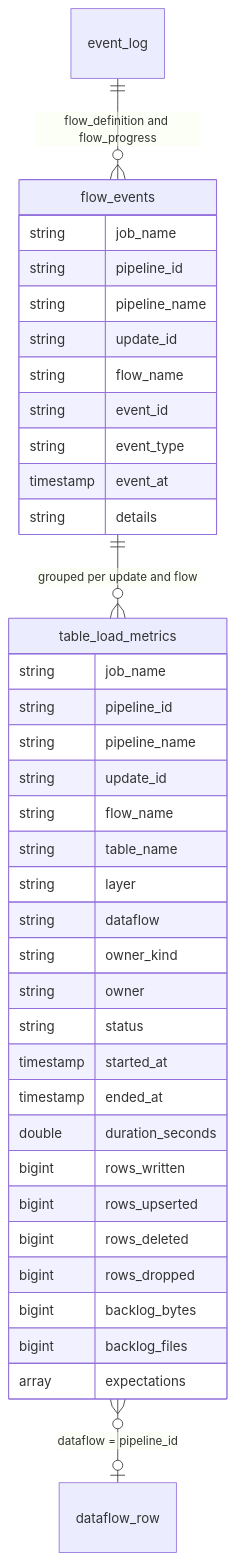
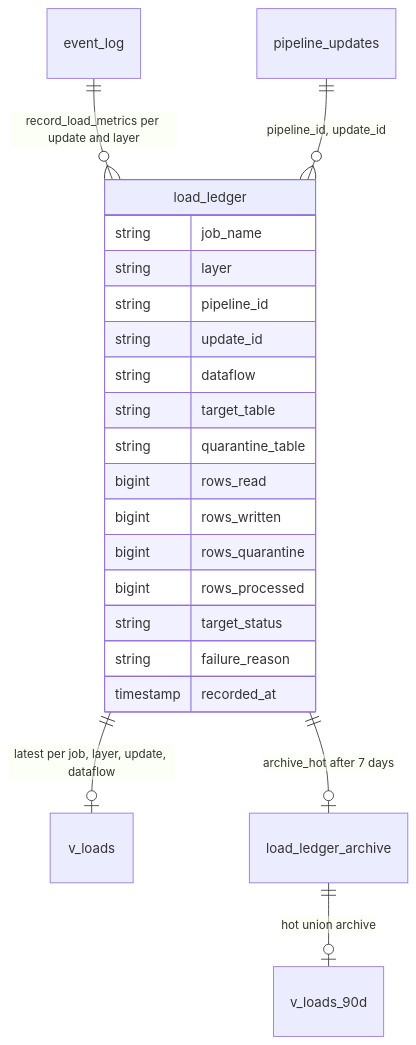
Before and after one commit to NitinKeshavB/framework: the eighth of 9 diagrams in framework_docs/ARCHITECTURE.md, drawn with Mermaid. The commit also changed other lines of this file and 20 other files, not shown here.

First line of the commit message:
Make load_ledger the sole recon SoR with NRT runs and archives.

````diff
--- a/framework_docs/ARCHITECTURE.md
+++ b/framework_docs/ARCHITECTURE.md
@@ -335,40 +355,24 @@
 ```mermaid
 erDiagram
-  event_log ||--o{ flow_events : "flow_definition and flow_progress"
-  flow_events ||--o{ table_load_metrics : "grouped per update and flow"
-  table_load_metrics }o--o| dataflow_row : "dataflow = pipeline_id"
-  flow_events {
+  event_log ||--o{ load_ledger : "record_load_metrics per update and layer"
+  load_ledger ||--o| v_loads : "latest per job, layer, update, dataflow"
+  load_ledger ||--o| load_ledger_archive : "archive_hot after 7 days"
+  load_ledger_archive ||--o| v_loads_90d : "hot union archive"
+  pipeline_updates ||--o{ load_ledger : "pipeline_id, update_id"
+  load_ledger {
     string job_name
+    string layer
     string pipeline_id
-    string pipeline_name
     string update_id
-    string flow_name
-    string event_id
-    string event_type
-    timestamp event_at
-    string details
-  }
-  table_load_metrics {
-    string job_name
-    string pipeline_id
-    string pipeline_name
-    string update_id
-    string flow_name
-    string table_name
-    string layer
     string dataflow
-    string owner_kind
-    string owner
-    string status
-    timestamp started_at
-    timestamp ended_at
-    double duration_seconds
+    string target_table
+    string quarantine_table
+    bigint rows_read
     bigint rows_written
-    bigint rows_upserted
-    bigint rows_deleted
-    bigint rows_dropped
-    bigint backlog_bytes
-    bigint backlog_files
-    array expectations
+    bigint rows_quarantine
+    bigint rows_processed
+    string target_status
+    string failure_reason
+    timestamp recorded_at
   }
 ```
````
